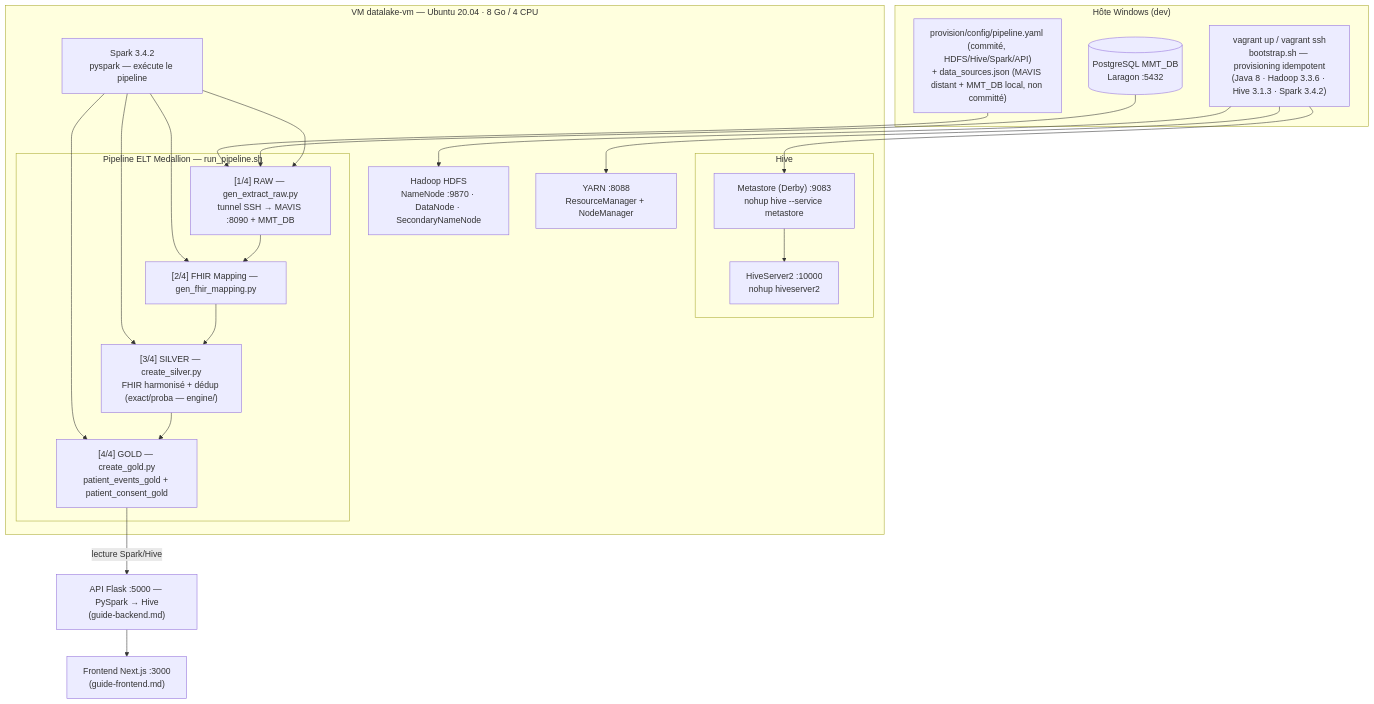
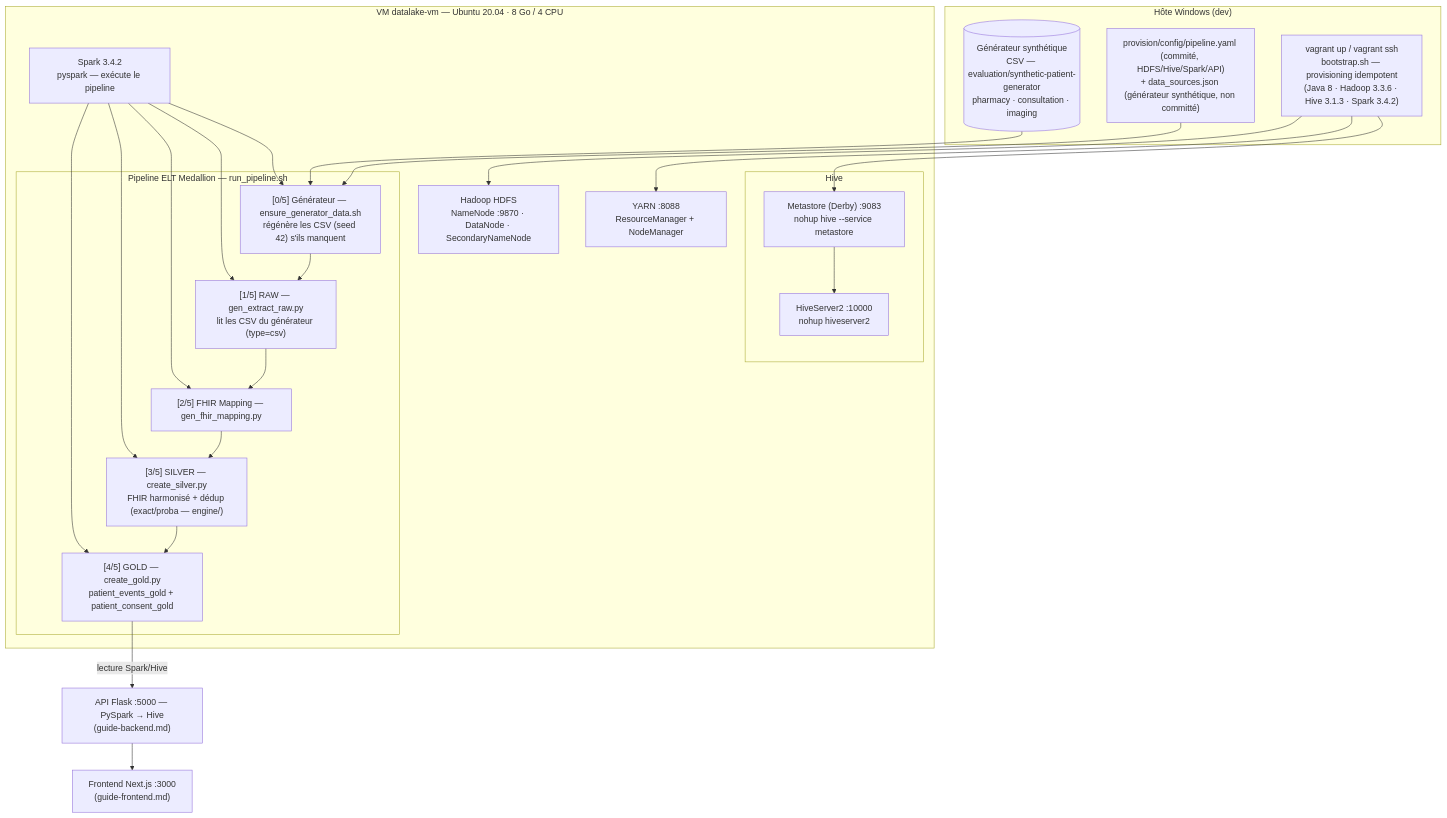
The diagram in GUIDE/guide-vagrant.md (Alphamanjaka/test-big-data), drawn with Mermaid before and after one commit. The commit also changed other lines of this file and 12 other files, not shown here.

Commit message:
feat: Enhance pipeline with synthetic data generator integration and documentation updates

````diff
--- a/GUIDE/guide-vagrant.md
+++ b/GUIDE/guide-vagrant.md
@@ -26,41 +26,46 @@
 ```mermaid
 flowchart TB
     subgraph HOST["Hôte Windows (dev)"]
         VG["vagrant up / vagrant ssh<br/>bootstrap.sh — provisioning idempotent<br/>(Java 8 · Hadoop 3.3.6 · Hive 3.1.3 · Spark 3.4.2)"]
-        CFG["provision/config/pipeline.yaml (commité, HDFS/Hive/Spark/API)<br/>+ data_sources.json (MAVIS distant + MMT_DB local, non committé)"]
-        PG[("PostgreSQL MMT_DB<br/>Laragon :5432")]
+        CFG["provision/config/pipeline.yaml (commité, HDFS/Hive/Spark/API)<br/>+ data_sources.json (générateur synthétique, non committé)"]
+        PG[("Générateur synthétique<br/>CSV — evaluation/synthetic-patient-generator<br/>pharmacy · consultation · imaging")]
     end
 
     subgraph VMX["VM datalake-vm — Ubuntu 20.04 · 8 Go / 4 CPU"]
         HDFS["Hadoop HDFS<br/>NameNode :9870 · DataNode · SecondaryNameNode"]
         YARN["YARN :8088<br/>ResourceManager + NodeManager"]
         SPARK["Spark 3.4.2<br/>pyspark — exécute le pipeline"]
 
         subgraph HIVE["Hive"]
             META["Metastore (Derby) :9083<br/>nohup hive --service metastore"]
             HS2["HiveServer2 :10000<br/>nohup hiveserver2"]
         end
 
         subgraph ELT["Pipeline ELT Medallion — run_pipeline.sh"]
-            R1["[1/4] RAW — gen_extract_raw.py<br/>tunnel SSH → MAVIS :8090 + MMT_DB"]
-            R2["[2/4] FHIR Mapping — gen_fhir_mapping.py"]
-            R3["[3/4] SILVER — create_silver.py<br/>FHIR harmonisé + dédup (exact/proba — engine/)"]
-            R4["[4/4] GOLD — create_gold.py<br/>patient_events_gold + patient_consent_gold"]
+            R0["[0/5] Générateur — ensure_generator_data.sh<br/>régénère les CSV (seed 42) s'ils manquent"]
+            R1["[1/5] RAW — gen_extract_raw.py<br/>lit les CSV du générateur (type=csv)"]
+            R2["[2/5] FHIR Mapping — gen_fhir_mapping.py"]
+            R3["[3/5] SILVER — create_silver.py<br/>FHIR harmonisé + dédup (exact/proba — engine/)"]
+            R4["[4/5] GOLD — create_gold.py<br/>patient_events_gold + patient_consent_gold"]
         end
     end
 
     API["API Flask :5000 — PySpark → Hive<br/>(guide-backend.md)"]
     FRONT["Frontend Next.js :3000<br/>(guide-frontend.md)"]
 
     VG --> HDFS
     VG --> YARN
     VG --> META --> HS2
-    CFG --> R1
-    PG --> R1
+    CFG --> R0
+    PG --> R0
+    SPARK --> R0
+    R0 --> R1
+    R1 --> R2
+    R2 --> R3
+    R3 --> R4
     SPARK --> R1
     SPARK --> R2
     SPARK --> R3
     SPARK --> R4
-    R1 --> R2 --> R3 --> R4
     R4 -->|"lecture Spark/Hive"| API --> FRONT
 ```
````
